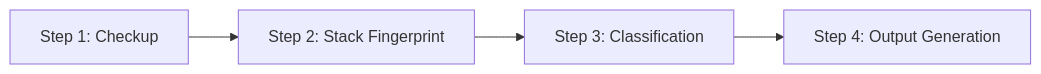
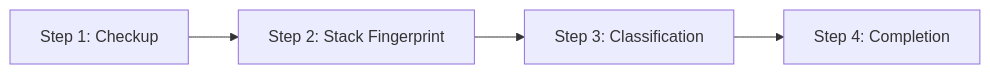
One commit to NeuroGranberg/NILS changed the diagram in docs/cohort/sorting.md. Above: the diagram before and after it, drawn with Mermaid. The commit also changed other lines of this file and 26 other files, not shown here.

````diff
--- a/docs/cohort/sorting.md
+++ b/docs/cohort/sorting.md
@@ -7,6 +7,6 @@
 ```mermaid
 flowchart LR
     A["Step 1: Checkup"] --> B["Step 2: Stack Fingerprint"]
     B --> C["Step 3: Classification"]
-    C --> D["Step 4: Output Generation"]
+    C --> D["Step 4: Completion"]
 ```
````
